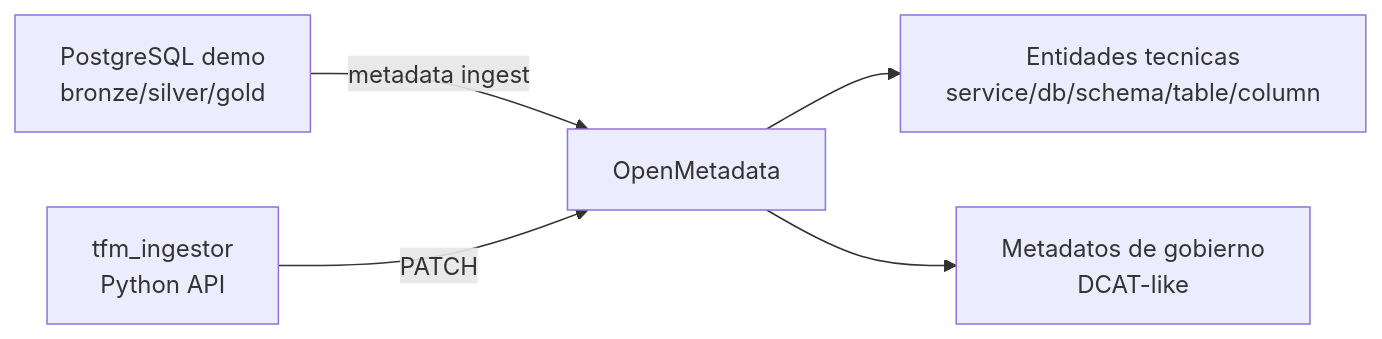
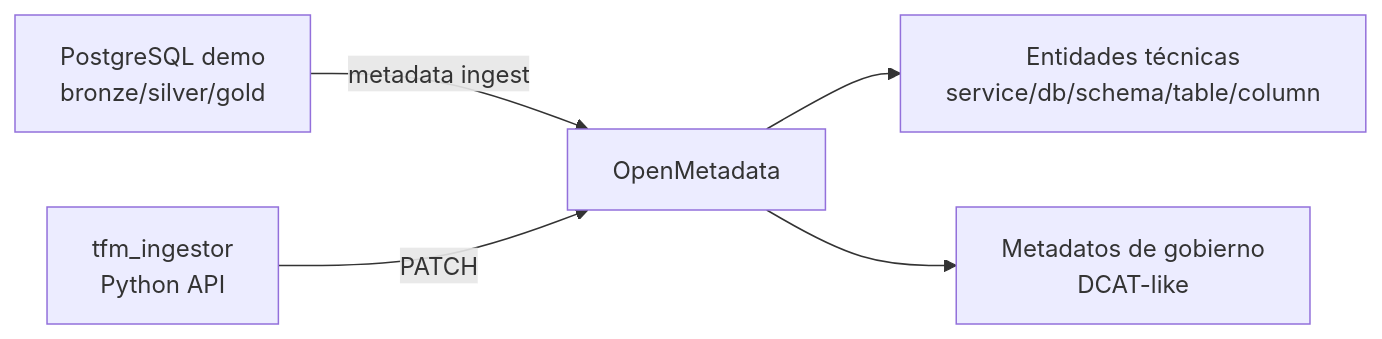
Before and after one commit to AlonsoMarcosM/TFM_Alonso_Marcos_Mu-oz: the diagram in README.md, drawn with Mermaid. The commit also changed other lines of this file and 30 other files, not shown here.

````diff
--- a/README.md
+++ b/README.md
@@ -38,7 +38,7 @@
 ```mermaid
 flowchart LR
   A[PostgreSQL demo<br/>bronze/silver/gold] -->|metadata ingest| B[OpenMetadata]
-  B --> C[Entidades tecnicas<br/>service/db/schema/table/column]
+  B --> C[Entidades técnicas<br/>service/db/schema/table/column]
   D[tfm_ingestor<br/>Python API] -->|PATCH| B
   B --> E[Metadatos de gobierno<br/>DCAT-like]
 ```
````
